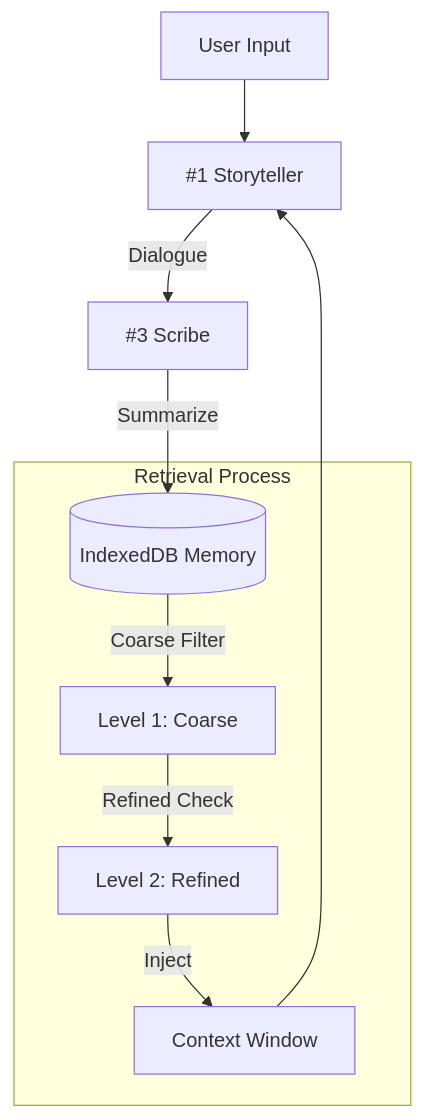
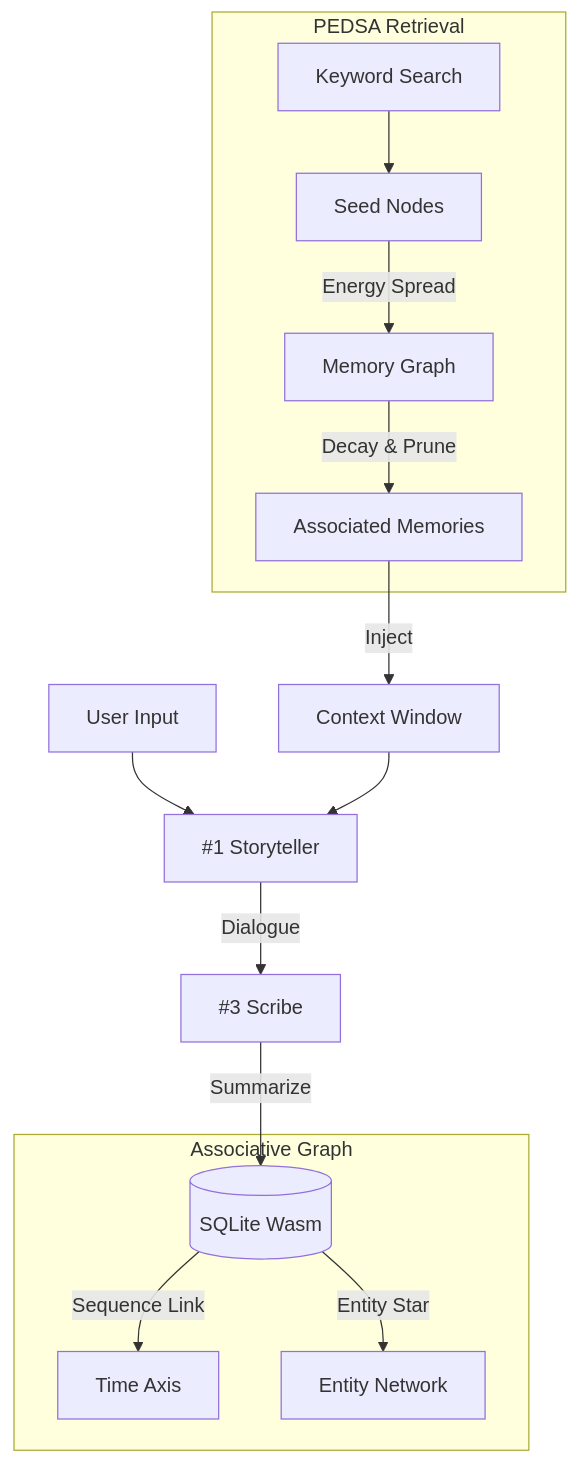
The second of 2 diagrams in README.md (QWQcool/Touhou-Isekai-Izakaya), drawn with Mermaid before and after one commit. The commit also changed other lines of this file and 204 other files, not shown here.

````diff
--- a/README.md
+++ b/README.md
@@ -214,14 +219,20 @@
 ```mermaid
 graph TD
     User[User Input] --> ST[#1 Storyteller]
     ST -->|Dialogue| Scribe[#3 Scribe]
-    Scribe -->|Summarize| DB[(IndexedDB Memory)]
+    Scribe -->|Summarize| DB[(SQLite Wasm)]
     
-    subgraph Retrieval Process
-        DB -->|Coarse Filter| L1[Level 1: Coarse]
-        L1 -->|Refined Check| L2[Level 2: Refined]
-        L2 -->|Inject| Context[Context Window]
+    subgraph Associative Graph
+        DB -->|Sequence Link| T[Time Axis]
+        DB -->|Entity Star| E[Entity Network]
     end
     
+    subgraph PEDSA Retrieval
+        Search[Keyword Search] --> Seed[Seed Nodes]
+        Seed -->|Energy Spread| Graph[Memory Graph]
+        Graph -->|Decay & Prune| Result[Associated Memories]
+    end
+    
+    Result -->|Inject| Context[Context Window]
     Context --> ST
 ```
````
